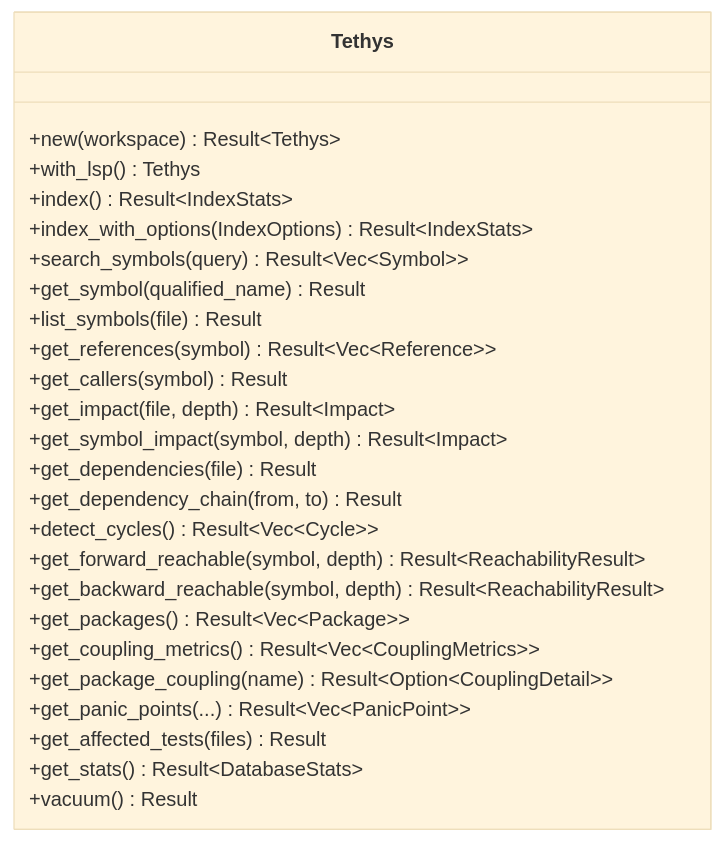
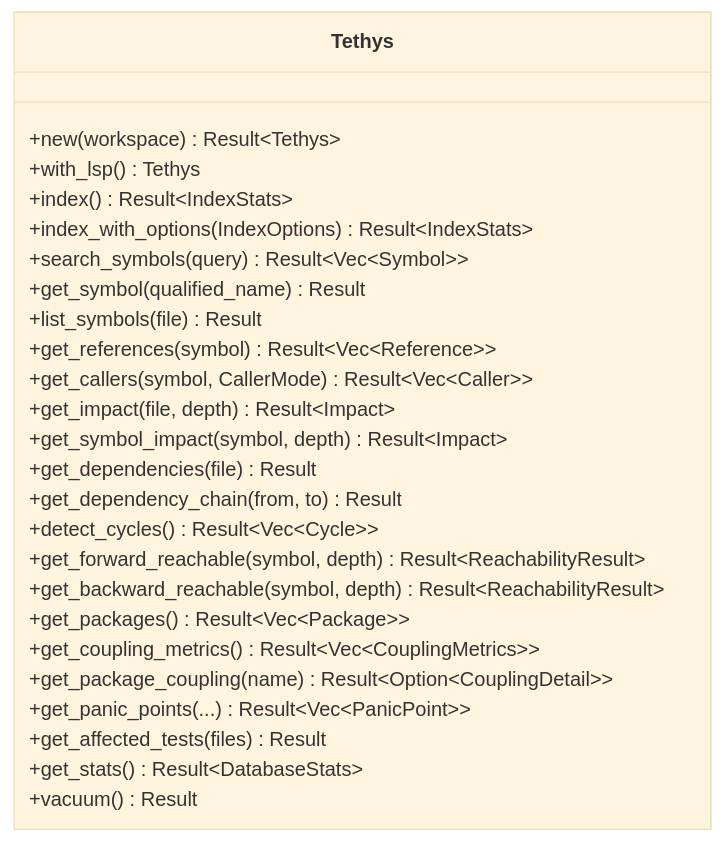
The diagram in .agents/summary/interfaces.md (dwalleck/tethys), drawn with Mermaid (base theme) before and after one commit. The commit also changed other lines of this file and 25 other files, not shown here.

Commit message:
feat(callers): expose explicit caller modes

````diff
--- a/.agents/summary/interfaces.md
+++ b/.agents/summary/interfaces.md
@@ -48,28 +48,28 @@
 ```mermaid
 classDiagram
     class Tethys {
         +new(workspace) Result~Tethys~
         +with_lsp() Tethys
         +index() Result~IndexStats~
         +index_with_options(IndexOptions) Result~IndexStats~
         +search_symbols(query) Result~Vec~Symbol~~
         +get_symbol(qualified_name) Result
         +list_symbols(file) Result
         +get_references(symbol) Result~Vec~Reference~~
-        +get_callers(symbol) Result
+        +get_callers(symbol, CallerMode) Result~Vec~Caller~~
         +get_impact(file, depth) Result~Impact~
         +get_symbol_impact(symbol, depth) Result~Impact~
         +get_dependencies(file) Result
         +get_dependency_chain(from, to) Result
         +detect_cycles() Result~Vec~Cycle~~
         +get_forward_reachable(symbol, depth) Result~ReachabilityResult~
         +get_backward_reachable(symbol, depth) Result~ReachabilityResult~
         +get_packages() Result~Vec~Package~~
         +get_coupling_metrics() Result~Vec~CouplingMetrics~~
         +get_package_coupling(name) Result~Option~CouplingDetail~~
         +get_panic_points(...) Result~Vec~PanicPoint~~
         +get_affected_tests(files) Result
         +get_stats() Result~DatabaseStats~
         +vacuum() Result
     }
 ```
````
